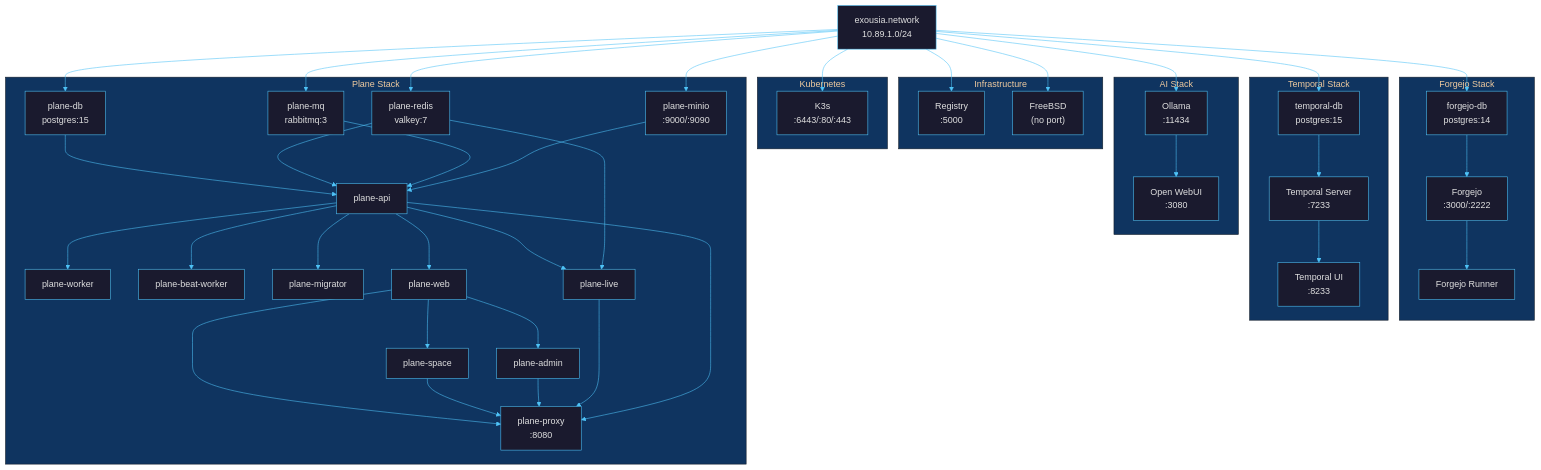
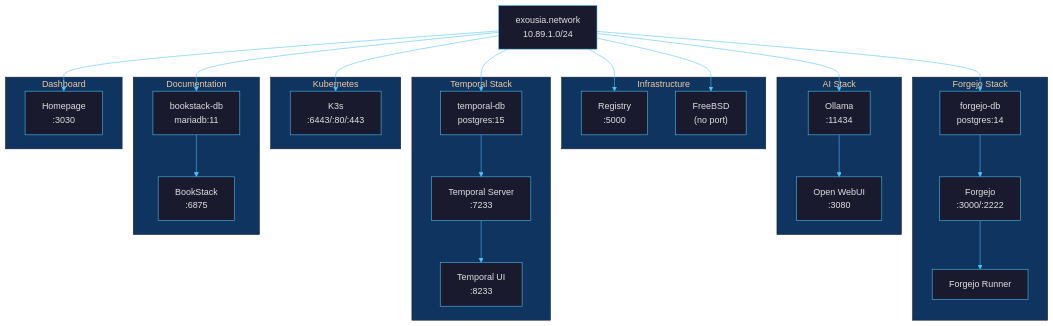
Before and after one commit to borninthedark/exousia: the diagram in docs/quadlet-services.md, drawn with Mermaid. The commit also changed other lines of this file and 3 other files, not shown here.

````diff
--- a/docs/quadlet-services.md
+++ b/docs/quadlet-services.md
@@ -9,59 +9,49 @@
 ```mermaid
 %%{init: {'theme': 'base', 'themeVariables': {'primaryColor': '#1a1a2e', 'primaryTextColor': '#e0e0e0', 'primaryBorderColor': '#4fc3f7', 'lineColor': '#4fc3f7', 'secondaryColor': '#16213e', 'tertiaryColor': '#0f3460'}}}%%
 graph TD
     NET["exousia.network<br/>10.89.1.0/24"]
 
     subgraph INFRA["Infrastructure"]
         REG["Registry<br/>:5000"]
         BSD["FreeBSD<br/>(no port)"]
     end
 
     subgraph FORGEJO["Forgejo Stack"]
         FDB["forgejo-db<br/>postgres:14"]
         FG["Forgejo<br/>:3000/:2222"]
         FR["Forgejo Runner"]
     end
 
     subgraph AI["AI Stack"]
         OLL["Ollama<br/>:11434"]
         OWU["Open WebUI<br/>:3080"]
     end
 
     subgraph TEMPORAL["Temporal Stack"]
         TDB["temporal-db<br/>postgres:15"]
         TS["Temporal Server<br/>:7233"]
         TU["Temporal UI<br/>:8233"]
     end
 
     subgraph K3S["Kubernetes"]
         K3["K3s<br/>:6443/:80/:443"]
     end
 
-    subgraph PLANE["Plane Stack"]
-        PDB["plane-db<br/>postgres:15"]
-        PRD["plane-redis<br/>valkey:7"]
-        PMQ["plane-mq<br/>rabbitmq:3"]
-        PMN["plane-minio<br/>:9000/:9090"]
-        PA["plane-api"]
-        PW["plane-worker"]
-        PBW["plane-beat-worker"]
-        PMG["plane-migrator"]
-        PWB["plane-web"]
-        PS["plane-space"]
-        PAD["plane-admin"]
-        PL["plane-live"]
-        PP["plane-proxy<br/>:8080"]
+    subgraph DOCS["Documentation"]
+        BSDB["bookstack-db<br/>mariadb:11"]
+        BS["BookStack<br/>:6875"]
+    end
+
+    subgraph DASH["Dashboard"]
+        HP["Homepage<br/>:3030"]
     end
 
     NET --> REG
     NET --> BSD
     NET --> FDB --> FG --> FR
     NET --> OLL --> OWU
     NET --> K3
     NET --> TDB --> TS --> TU
-    NET --> PDB & PRD & PMQ & PMN --> PA
-    PA --> PW & PBW & PMG
-    PA --> PWB --> PS & PAD
-    PA & PRD --> PL
-    PWB & PS & PAD & PL & PA --> PP
+    NET --> BSDB --> BS
+    NET --> HP
 ```
````
